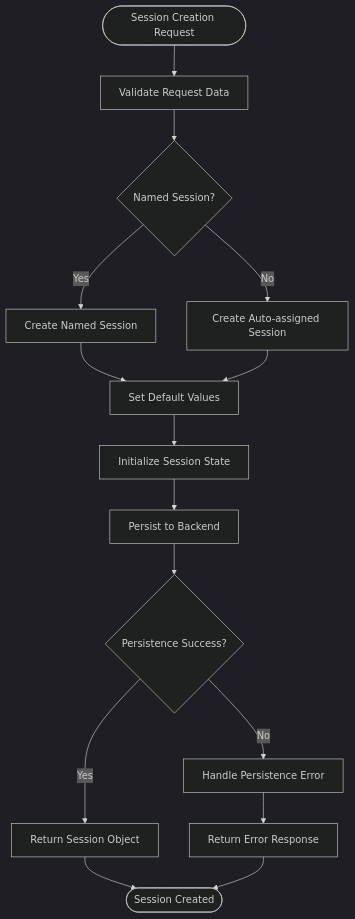
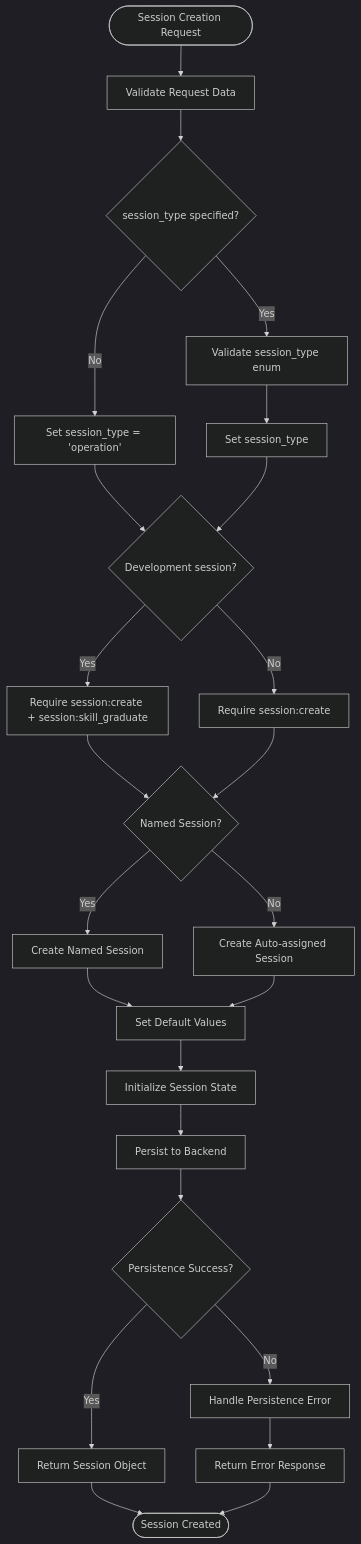
The seventh of 10 diagrams in .qoder/repowiki/en/content/API Reference/Agent Platform API/Session Management API.md (metasync/luban-aiops), drawn with Mermaid (dark theme) before and after one commit. The commit also changed other lines of this file and 6 other files, not shown here.

````diff
--- a/.qoder/repowiki/en/content/API Reference/Agent Platform API/Session Management API.md
+++ b/.qoder/repowiki/en/content/API Reference/Agent Platform API/Session Management API.md
@@ -406,17 +446,26 @@
 ```mermaid
 flowchart TD
 Start([Session Creation Request]) --> Validate["Validate Request Data"]
-Validate --> NamedCheck{"Named Session?"}
+Validate --> CheckType{"session_type specified?"}
+CheckType --> |No| SetDefault["Set session_type = 'operation'"]
+CheckType --> |Yes| ValidateType["Validate session_type enum"]
+ValidateType --> SetType["Set session_type"]
+SetDefault --> AuthCheck{"Development session?"}
+SetType --> AuthCheck
+AuthCheck --> |Yes| DualAuth["Require session:create + session:skill_graduate"]
+AuthCheck --> |No| SingleAuth["Require session:create"]
+DualAuth --> NamedCheck{"Named Session?"}
+SingleAuth --> NamedCheck
 NamedCheck --> |Yes| CreateNamed["Create Named Session"]
 NamedCheck --> |No| CreateAuto["Create Auto-assigned Session"]
 CreateNamed --> SetDefaults["Set Default Values"]
 CreateAuto --> SetDefaults
 SetDefaults --> InitState["Initialize Session State"]
 InitState --> Persist["Persist to Backend"]
 Persist --> Success{"Persistence Success?"}
 Success --> |Yes| ReturnSession["Return Session Object"]
 Success --> |No| HandleError["Handle Persistence Error"]
 HandleError --> ReturnError["Return Error Response"]
 ReturnSession --> End([Session Created])
 ReturnError --> End
 ```
````
